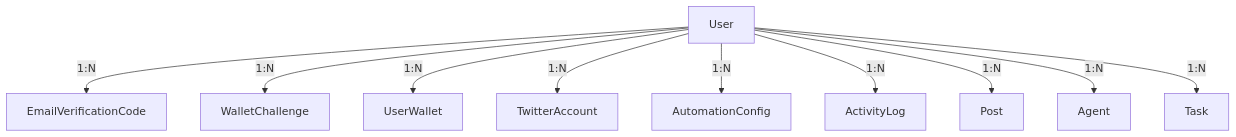
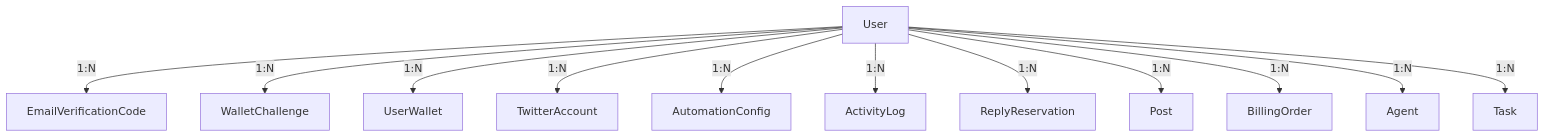
One commit to OctoAgentFlow/octo-agent changed the diagram in docs/database/er-diagram.md. Above: the diagram before and after it, drawn with Mermaid. The commit also changed other lines of this file and 12 other files, not shown here.

````diff
--- a/docs/database/er-diagram.md
+++ b/docs/database/er-diagram.md
@@ -7,12 +7,14 @@
 ```mermaid
 flowchart TD
   User -->|1:N| EmailVerificationCode
   User -->|1:N| WalletChallenge
   User -->|1:N| UserWallet
   User -->|1:N| TwitterAccount
   User -->|1:N| AutomationConfig
   User -->|1:N| ActivityLog
+  User -->|1:N| ReplyReservation
   User -->|1:N| Post
+  User -->|1:N| BillingOrder
   User -->|1:N| Agent
   User -->|1:N| Task
 ```
````
